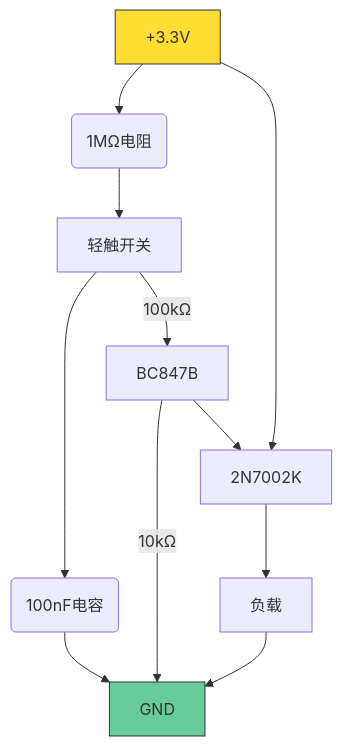
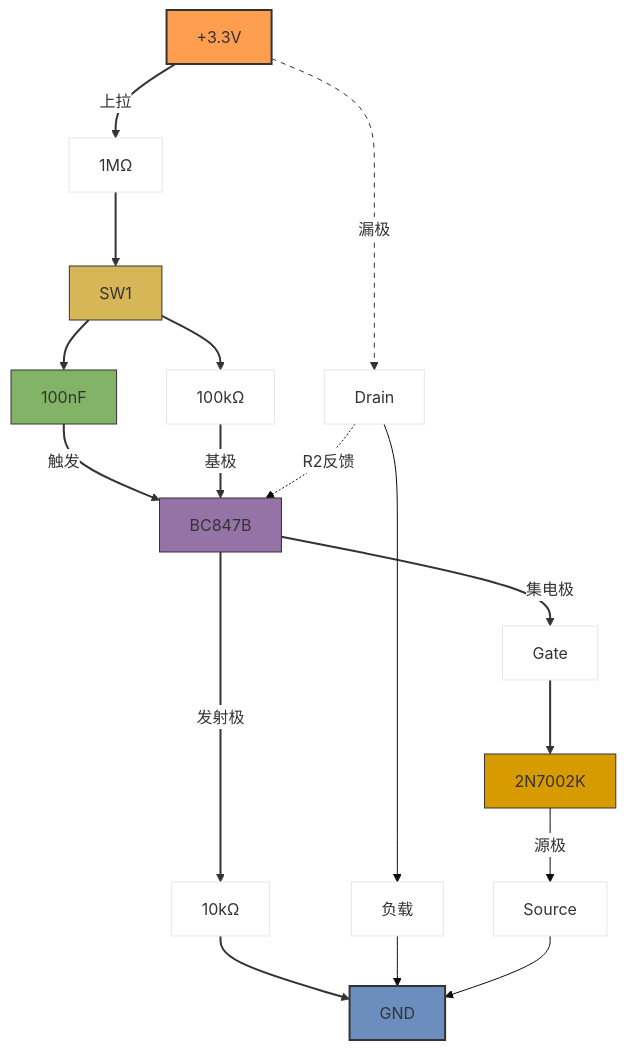
The second of 3 diagrams in _posts/2025-05-10-mosfet-switch-circuit.md (imaxu/imaxu.github.io), drawn with Mermaid before and after one commit. The commit also changed other lines of this file and 1 other file, not shown here.

````diff
--- a/_posts/2025-05-10-mosfet-switch-circuit.md
+++ b/_posts/2025-05-10-mosfet-switch-circuit.md
@@ -50,25 +47,47 @@
 ```mermaid
+%%{init: {'theme': 'base', 'themeVariables': { 'primaryColor': '#ffffff'}}}%%
 graph TB;
-    VCC[+3.3V]
-    GND[GND]
+    %% 电源定义
+    VCC[+3.3V]:::power
+    GND[GND]:::ground
     
-    R1(1MΩ电阻)
-    SW1[轻触开关]
-    C1(100nF电容)
-    VCC --> R1 --> SW1
-    SW1 --> C1 --> GND
-    SW1 -->|100kΩ| Q2[BC847B]
+    %% 按键网络
+    SW1[SW1]:::switch
+    VCC -- 上拉 --> R1[1MΩ]
+    R1 --> SW1
+    SW1 --> C1[100nF]
+    C1 -->|触发| Q2
     
-    Q2 -->|10kΩ| GND
-    Q2 --> Q1[2N7002K]
+    %% 双稳态控制
+    Q2[BC847B]:::bjt
+    Q1[2N7002K]:::mosfet
+    SW1 --> R2[100kΩ]
+    R2 -->|基极| Q2
+    Q2 -->|发射极| R3[10kΩ]
+    R3 --> GND
     
-    %% 功率输出
-    VCC --> Q1 --> LOAD[负载]
+    %% MOSFET开关
+    Q2 -->|集电极| Q1_G[Gate]
+    Q1_G --> Q1
+    VCC -->|漏极| Q1_D[Drain]
+    Q1_D --> LOAD[负载]
     LOAD --> GND
+    Q1 -->|源极| Q1_S[Source]
+    Q1_S --> GND
+    
+    %% 正反馈路径
+    Q1_D -.->|R2反馈| Q2
     
     %% 样式定义
-    classDef power fill:#ffdd33,stroke:#333;
-    classDef ground fill:#66cc99,stroke:#333;
-    class VCC power;
-    class GND ground;
+    classDef power fill:#ff9e4f,stroke:#333,stroke-width:2px;
+    classDef ground fill:#6c8ebf,stroke:#333,stroke-width:2px;
+    classDef switch fill:#d6b656,stroke:#333;
+    classDef mosfet fill:#d79b00,stroke:#333;
+    classDef bjt fill:#9673a6,stroke:#333;
+    classDef cap fill:#82b366,stroke:#333;
+    class C1 cap;
+    
+    %% 连接点标注
+    linkStyle 0,1,2,3,4,5,6,7,8,9 stroke:#333,stroke-width:2px;
+    linkStyle 10 stroke:#333,stroke-width:1px,stroke-dasharray:5;
 ```
````
